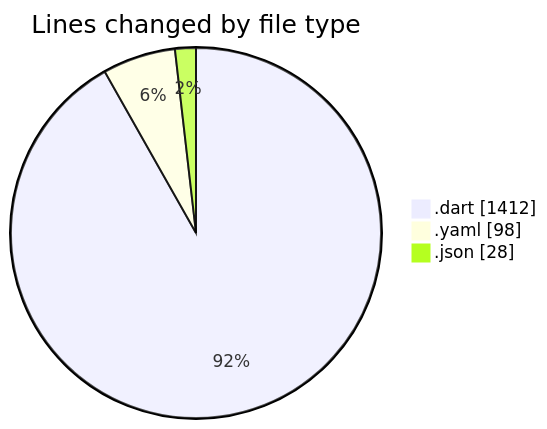
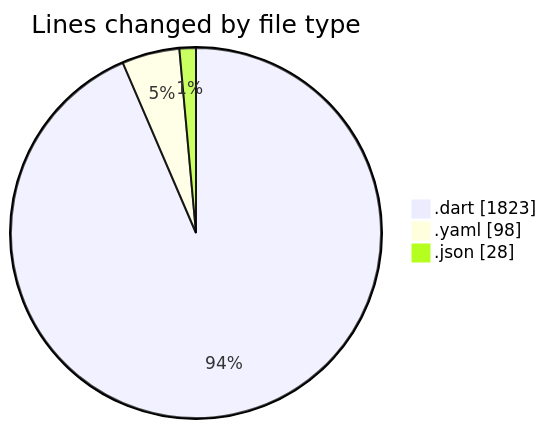
One commit to donsfak/code-tracking changed the first of 2 diagrams in 2025-11-01/weather_insights_app/README.md. Above: the diagram before and after it, drawn with Mermaid. The commit also changed other lines of this file and 1 other file, not shown here.

````diff
--- a/2025-11-01/weather_insights_app/README.md
+++ b/2025-11-01/weather_insights_app/README.md
@@ -28,7 +28,7 @@
 ```mermaid
 pie showData
 title Lines changed by file type
-".dart" : 1412
+".dart" : 1823
 ".yaml" : 98
 ".json" : 28
 ```
````
